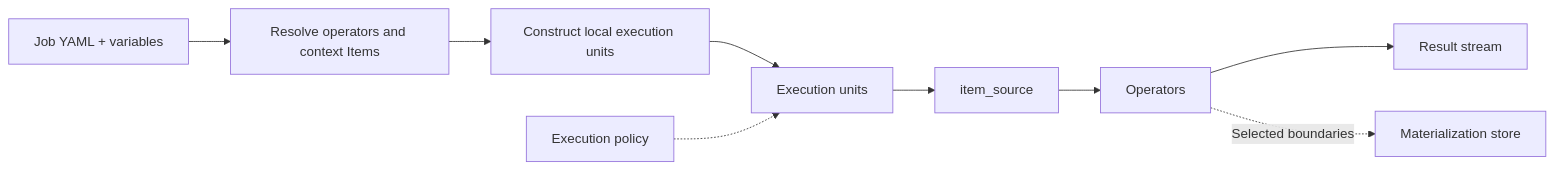
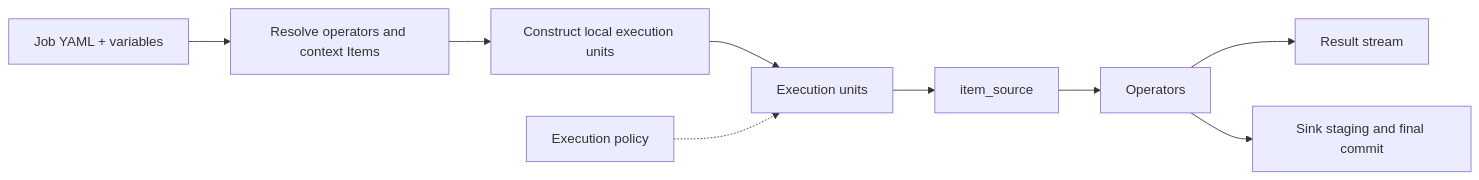
One commit to rdcn-link/xstream-codex changed the diagram in docs/xstream.md. Above: the diagram before and after it, drawn with Mermaid. The commit also changed other lines of this file and 184 other files, not shown here.

````diff
--- a/docs/xstream.md
+++ b/docs/xstream.md
@@ -105,9 +105,9 @@
 ```mermaid
 flowchart LR
   Job["Job YAML + variables"] --> Resolve["Resolve operators and context Items"]
   Resolve --> Plan["Construct local execution units"]
   Plan --> Units["Execution units"]
   Units --> Source["item_source"] --> Process["Operators"] --> Result["Result stream"]
   Policy["Execution policy"] -.-> Units
-  Process -. "Selected boundaries" .-> Store["Materialization store"]
+  Process --> Store["Sink staging and final commit"]
 ```
````
